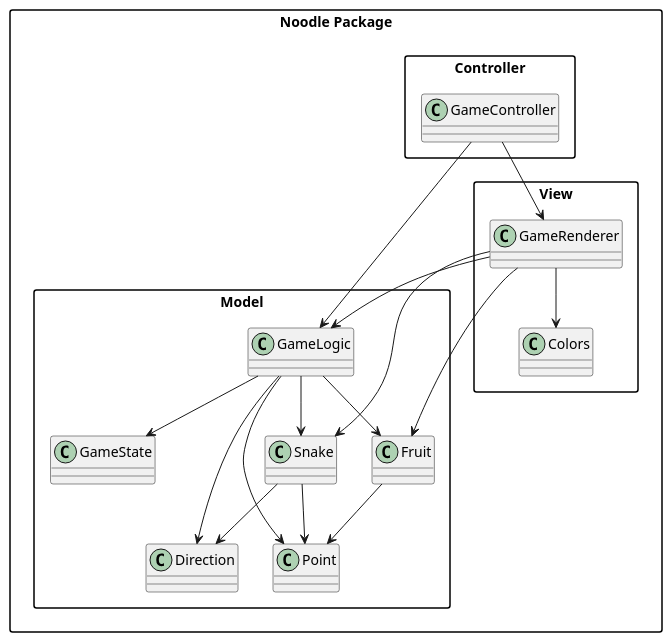
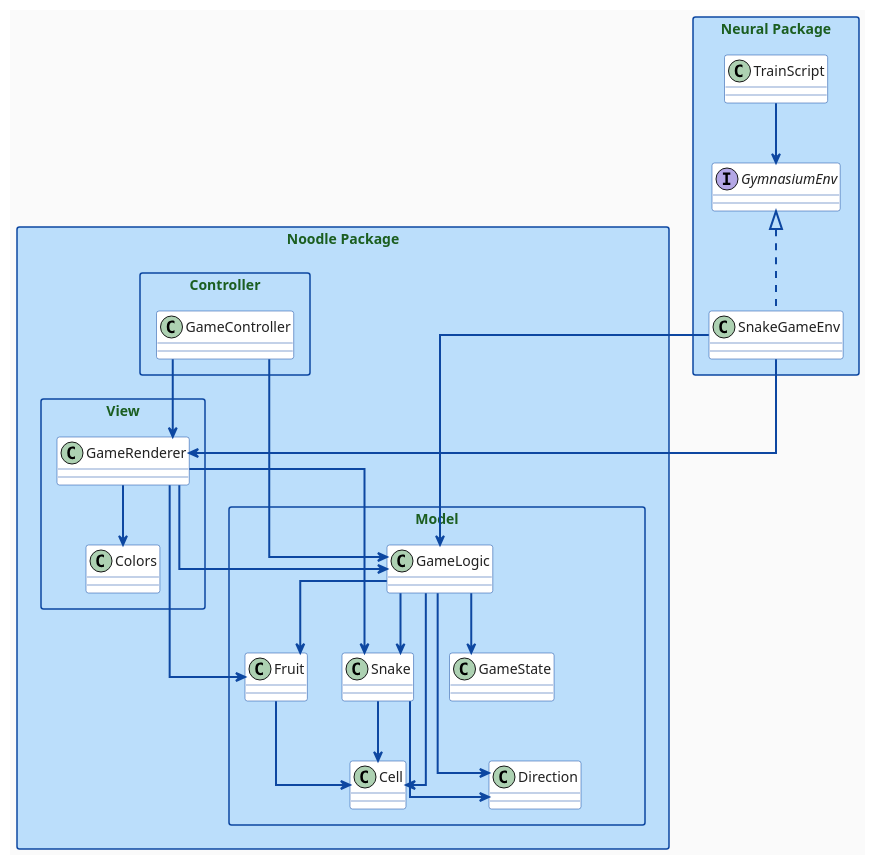
One commit to tctibbs/neural-noodle changed the diagram in docs/architecture.plantuml. Above: the diagram before and after it, drawn with PlantUML.

Commit message:
Updated arch diagram

```diff
--- a/docs/architecture.plantuml
+++ b/docs/architecture.plantuml
@@ -1,44 +1,94 @@
-@startuml
+@startuml "Neural Noodle"
+
+top to bottom direction
 skinparam packageStyle rect
 
-' High-level architecture
+' Draw straight (orthonormal) arrows
+skinparam linetype ortho
+
+' Snake-game-inspired color palette
+skinparam backgroundColor #FAFAFA
+skinparam shadowing false
+
+' Arrow styling (blue-ish arrows, green-ish font)
+skinparam ArrowColor #0D47A1
+skinparam ArrowThickness 2
+skinparam ArrowFontColor #1B5E20
+
+' Package styling (light blue backgrounds)
+skinparam package {
+  BackgroundColor #BBDEFB
+  BorderColor #0D47A1
+  FontColor #1B5E20
+}
+
+' Class styling (white with blue borders)
+skinparam class {
+  BackgroundColor #FFFFFF
+  BorderColor #0D47A1
+  FontColor #212121
+}
+
+' ----------------------------
+' Noodle Package
+' ----------------------------
 package "Noodle Package" {
     package "Model" {
         class GameLogic
         class GameState
         class Snake
         class Fruit
         class Direction
-        class Point
+        class Cell
     }
 
     package "View" {
         class GameRenderer
         class Colors
     }
 
     package "Controller" {
         class GameController
     }
 }
 
-' Dependencies
+' ----------------------------
+' Neural Package
+' ----------------------------
+package "Neural Package" {
+    class TrainScript
+
+    interface GymnasiumEnv
+    class SnakeGameEnv implements GymnasiumEnv
+}
+
+' ----------------------------
+' Noodle Package Dependencies
+' ----------------------------
 GameController --> GameLogic
 GameController --> GameRenderer
 
 GameLogic --> GameState
 GameLogic --> Snake
 GameLogic --> Fruit
 GameLogic --> Direction
-GameLogic --> Point
+GameLogic --> Cell
 
 Snake --> Direction
-Snake --> Point
+Snake --> Cell
 
-Fruit --> Point
+Fruit --> Cell
 
 GameRenderer --> GameLogic
 GameRenderer --> Snake
 GameRenderer --> Fruit
 GameRenderer --> Colors
+
+' ----------------------------
+' Neural Package Dependencies
+' ----------------------------
+TrainScript --> GymnasiumEnv
+SnakeGameEnv --> GameLogic
+SnakeGameEnv --> GameRenderer
+
 @enduml
```
